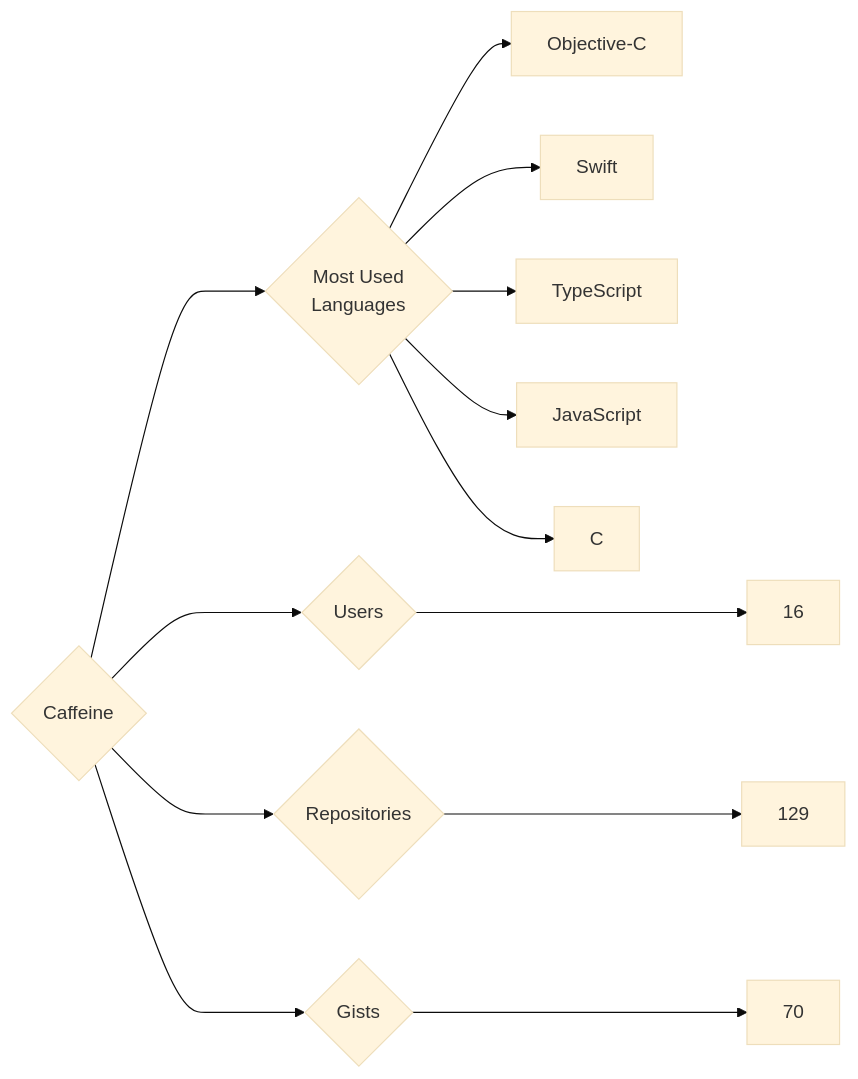
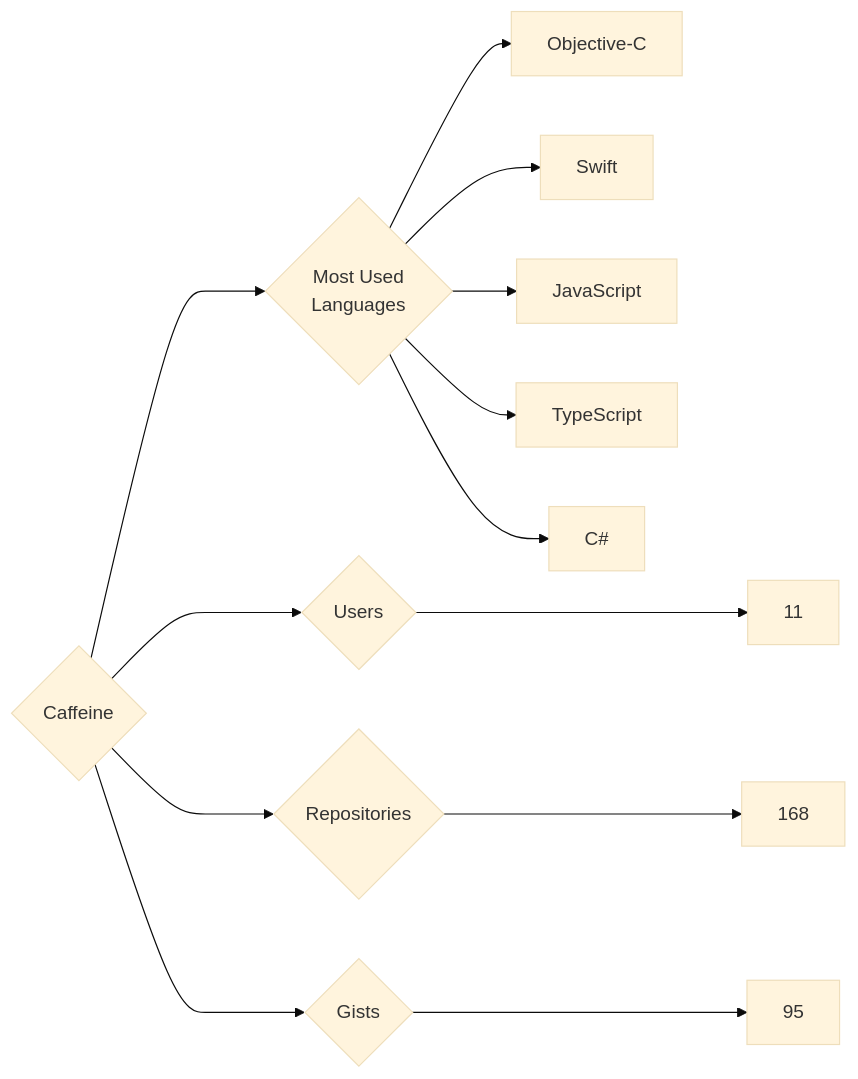
The diagram in targets/Caffeine/README.md (trickest/insiders), drawn with Mermaid (base theme) before and after one commit. The commit also changed 644 other files, not shown here.

````diff
--- a/targets/Caffeine/README.md
+++ b/targets/Caffeine/README.md
@@ -3,13 +3,13 @@
 ```mermaid
 graph LR
 COMPANY_NAME{Caffeine}
-COMPANY_NAME ---> U{Users} ---> UN[16]
-COMPANY_NAME ---> R{Repositories} ---> RN[129]
-COMPANY_NAME ---> G{Gists} ---> GN[70]
+COMPANY_NAME ---> U{Users} ---> UN[11]
+COMPANY_NAME ---> R{Repositories} ---> RN[168]
+COMPANY_NAME ---> G{Gists} ---> GN[95]
 COMPANY_NAME ---> ML{Most Used<br>Languages}
 ML --> Objective-C[Objective-C]
 ML --> Swift[Swift]
+ML --> JavaScript[JavaScript]
 ML --> TypeScript[TypeScript]
-ML --> JavaScript[JavaScript]
-ML --> C[C]
+ML --> C#[C#]
 ```
````
